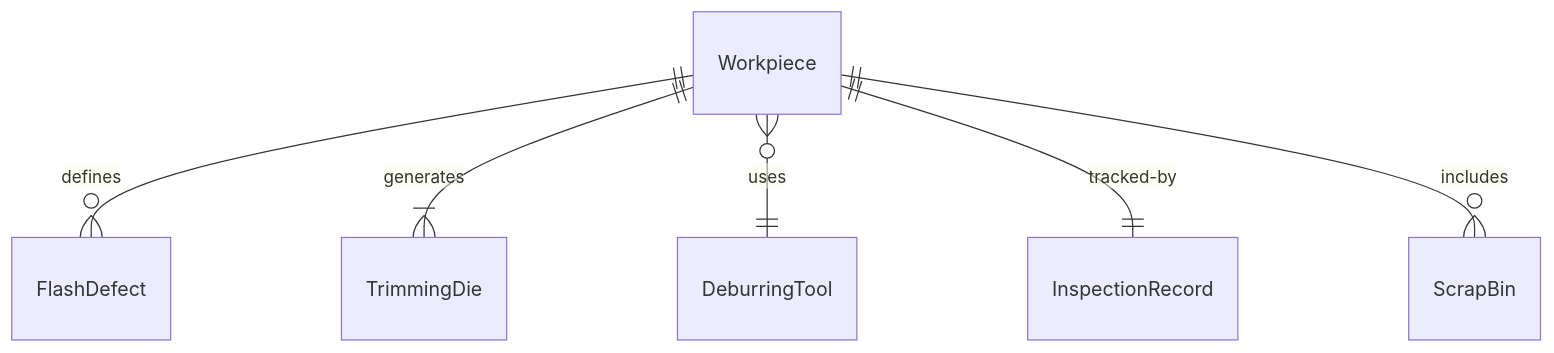
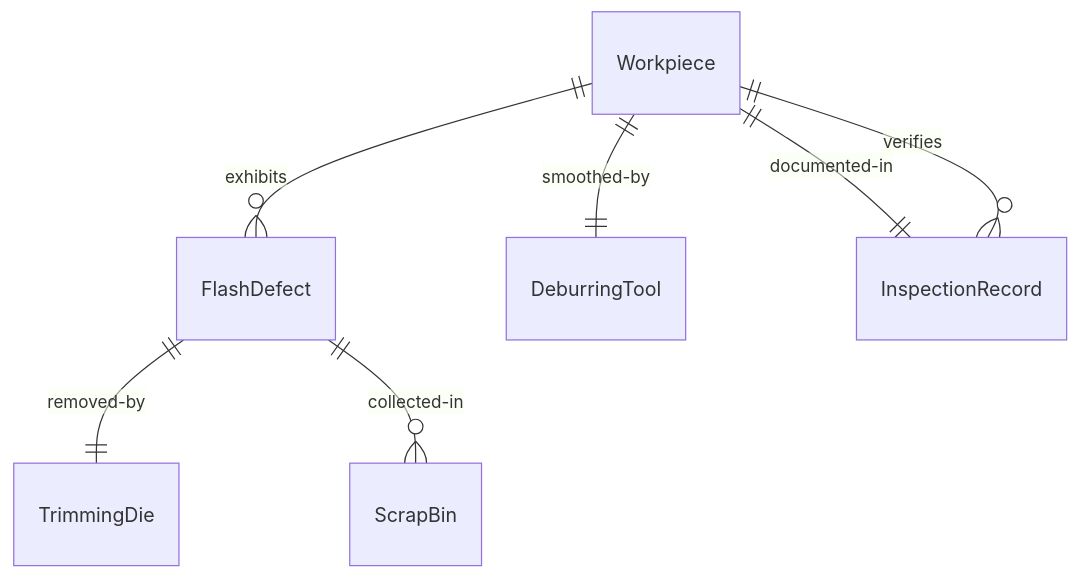
The first of 4 diagrams in HandlingAndMovingObjects/CutMaterials/TrimExcessMaterialWorkpieces.mdx (dot-org-ai/tasks.org.ai), drawn with Mermaid before and after one commit. The commit also changed other lines of this file and 515 other files, not shown here.

````diff
--- a/HandlingAndMovingObjects/CutMaterials/TrimExcessMaterialWorkpieces.mdx
+++ b/HandlingAndMovingObjects/CutMaterials/TrimExcessMaterialWorkpieces.mdx
@@ -87,8 +87,9 @@
 ```mermaid
 erDiagram
-    Workpiece ||--o{ FlashDefect : "defines"
-    Workpiece ||--|{ TrimmingDie : "generates"
-    Workpiece }o--|| DeburringTool : "uses"
-    Workpiece ||--|| InspectionRecord : "tracked-by"
-    Workpiece ||--o{ ScrapBin : "includes"
+    Workpiece ||--o{ FlashDefect : "exhibits"
+    FlashDefect ||--|| TrimmingDie : "removed-by"
+    Workpiece ||--|| DeburringTool : "smoothed-by"
+    Workpiece ||--|| InspectionRecord : "documented-in"
+    FlashDefect ||--o{ ScrapBin : "collected-in"
+    InspectionRecord }o--|| Workpiece : "verifies"
 ```
````
